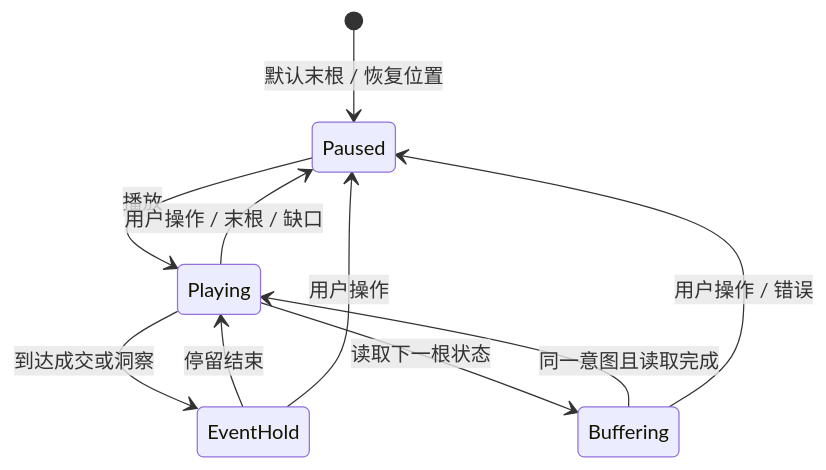
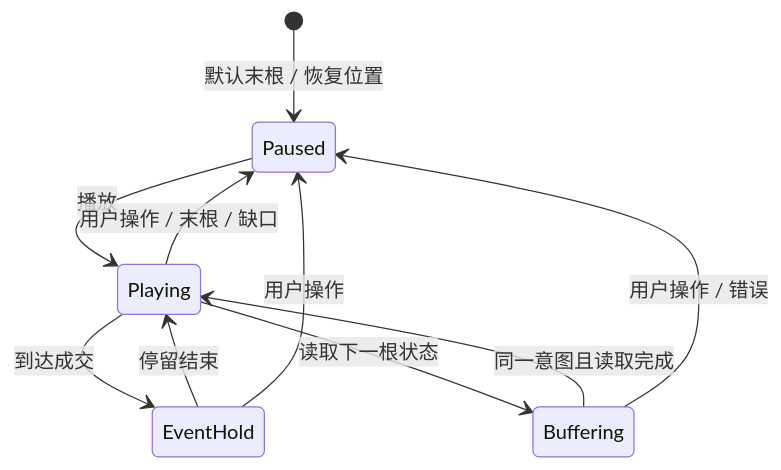
Before and after one commit to bingyi20/speak-quant-ui: the diagram in docs/回测详情模块技术方案.md, drawn with Mermaid. The commit also changed other lines of this file and 41 other files, not shown here.

````diff
--- a/docs/回测详情模块技术方案.md
+++ b/docs/回测详情模块技术方案.md
@@ -430,12 +448,12 @@
 ```mermaid
 stateDiagram-v2
   [*] --> Paused: 默认末根 / 恢复位置
   Paused --> Playing: 播放
-  Playing --> EventHold: 到达成交或洞察
+  Playing --> EventHold: 到达成交
   EventHold --> Playing: 停留结束
   Playing --> Buffering: 读取下一根状态
   Buffering --> Playing: 同一意图且读取完成
   Playing --> Paused: 用户操作 / 末根 / 缺口
   EventHold --> Paused: 用户操作
   Buffering --> Paused: 用户操作 / 错误
 ```
````
